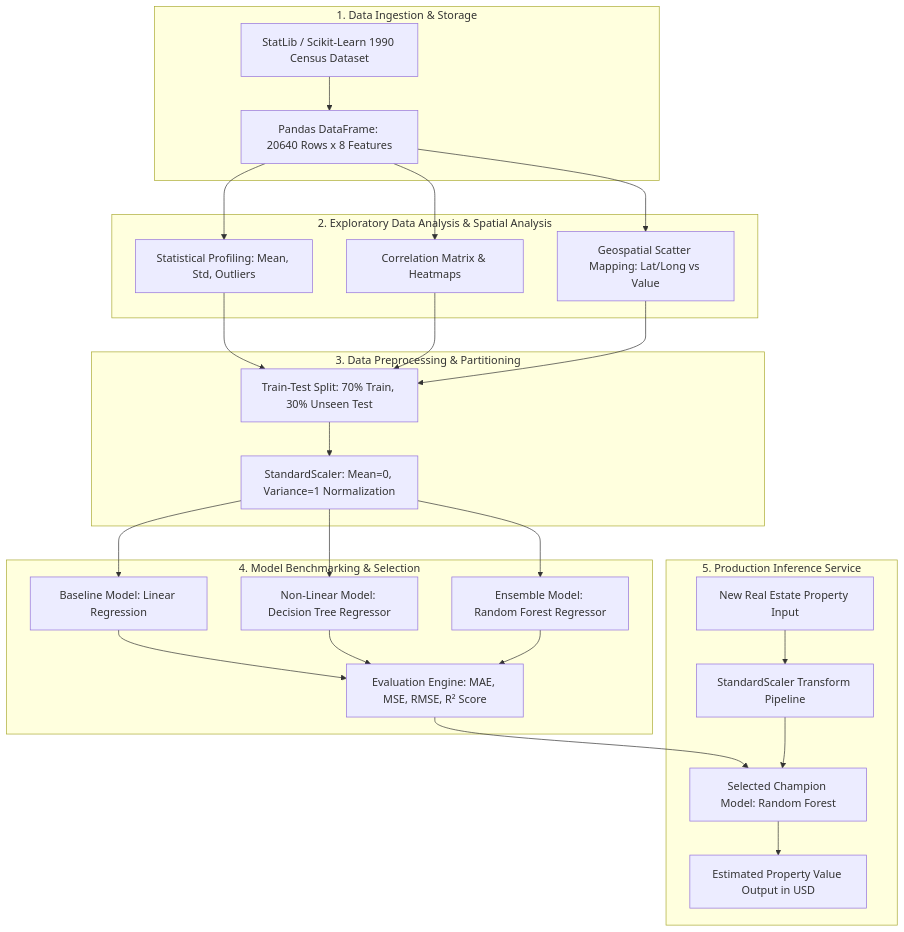
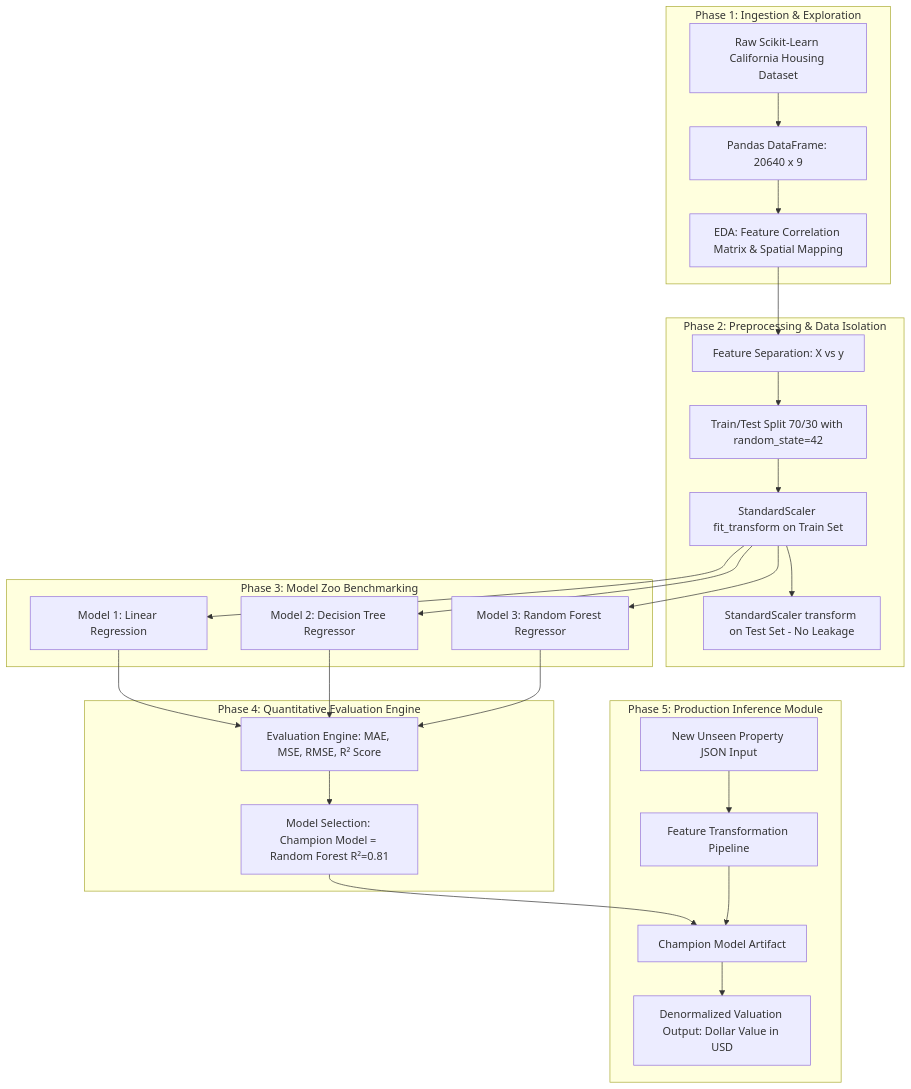
Before and after one commit to irohitgangwar/house-price-prediction: the fourth of 9 diagrams in INTERVIEW_GUIDE.md, drawn with Mermaid. The commit also changed other lines of this file, not shown here.

Commit message:
Expand Interview Guide with Prerequisites Roadmap, Deep ML Mechanics, HLD/LLD & 60+ Q&A Bank

````diff
--- a/INTERVIEW_GUIDE.md
+++ b/INTERVIEW_GUIDE.md
@@ -79,31 +181,32 @@
 ```mermaid
 flowchart TD
-    subgraph Data_Layer["1. Data Ingestion & Storage"]
-        D1[StatLib / Scikit-Learn 1990 Census Dataset] --> D2[Pandas DataFrame: 20640 Rows x 8 Features]
+    subgraph S1["Phase 1: Ingestion & Exploration"]
+        A1[Raw Scikit-Learn California Housing Dataset] --> A2[Pandas DataFrame: 20640 x 9]
+        A2 --> A3[EDA: Feature Correlation Matrix & Spatial Mapping]
     end
 
-    subgraph EDA_Layer["2. Exploratory Data Analysis & Spatial Analysis"]
-        D2 --> E1[Statistical Profiling: Mean, Std, Outliers]
-        D2 --> E2[Correlation Matrix & Heatmaps]
-        D2 --> E3[Geospatial Scatter Mapping: Lat/Long vs Value]
+    subgraph S2["Phase 2: Preprocessing & Data Isolation"]
+        A3 --> B1[Feature Separation: X vs y]
+        B1 --> B2[Train/Test Split 70/30 with random_state=42]
+        B2 --> B3[StandardScaler fit_transform on Train Set]
+        B3 --> B4[StandardScaler transform on Test Set - No Leakage]
     end
 
-    subgraph Preprocessing_Layer["3. Data Preprocessing & Partitioning"]
-        E1 & E2 & E3 --> P1[Train-Test Split: 70% Train, 30% Unseen Test]
-        P1 --> P2[StandardScaler: Mean=0, Variance=1 Normalization]
+    subgraph S3["Phase 3: Model Zoo Benchmarking"]
+        B3 --> C1[Model 1: Linear Regression]
+        B3 --> C2[Model 2: Decision Tree Regressor]
+        B3 --> C3[Model 3: Random Forest Regressor]
     end
 
-    subgraph Modeling_Layer["4. Model Benchmarking & Selection"]
-        P2 --> M1[Baseline Model: Linear Regression]
-        P2 --> M2[Non-Linear Model: Decision Tree Regressor]
-        P2 --> M3[Ensemble Model: Random Forest Regressor]
-        M1 & M2 & M3 --> EV[Evaluation Engine: MAE, MSE, RMSE, R² Score]
+    subgraph S4["Phase 4: Quantitative Evaluation Engine"]
+        C1 & C2 & C3 --> D1[Evaluation Engine: MAE, MSE, RMSE, R² Score]
+        D1 --> D2[Model Selection: Champion Model = Random Forest R²=0.81]
     end
 
-    subgraph Inference_Layer["5. Production Inference Service"]
-        EV --> S1[Selected Champion Model: Random Forest]
-        S2[New Real Estate Property Input] --> S3[StandardScaler Transform Pipeline]
-        S3 --> S1
-        S1 --> S4[Estimated Property Value Output in USD]
+    subgraph S5["Phase 5: Production Inference Module"]
+        D2 --> E1[Champion Model Artifact]
+        E2[New Unseen Property JSON Input] --> E3[Feature Transformation Pipeline]
+        E3 --> E1
+        E1 --> E4[Denormalized Valuation Output: Dollar Value in USD]
     end
 ```
````
